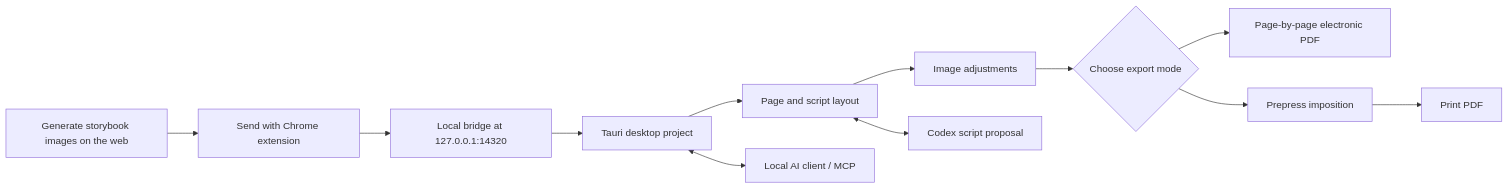
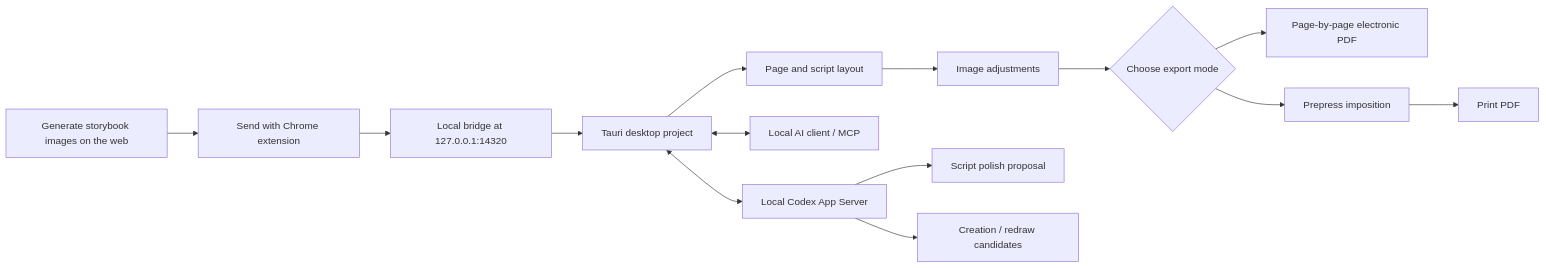
One commit to glenzli/storybook-co-editor changed the diagram in README.en.md. Above: the diagram before and after it, drawn with Mermaid. The commit also changed other lines of this file and 1 other file, not shown here.

Commit message:
docs: document Codex image workflows

````diff
--- a/README.en.md
+++ b/README.en.md
@@ -63,14 +63,16 @@
 ```mermaid
 flowchart LR
   A["Generate storybook images on the web"] --> B["Send with Chrome extension"]
   B --> C["Local bridge at 127.0.0.1:14320"]
   C --> D["Tauri desktop project"]
   D --> E["Page and script layout"]
   E --> F["Image adjustments"]
   D <--> K["Local AI client / MCP"]
-  E <--> L["Codex script proposal"]
+  D <--> L["Local Codex App Server"]
+  L --> M["Script polish proposal"]
+  L --> N["Creation / redraw candidates"]
   F --> G{"Choose export mode"}
   G --> H["Page-by-page electronic PDF"]
   G --> I["Prepress imposition"]
   I --> J["Print PDF"]
 ```
````
